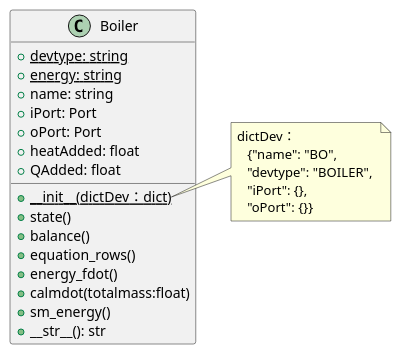
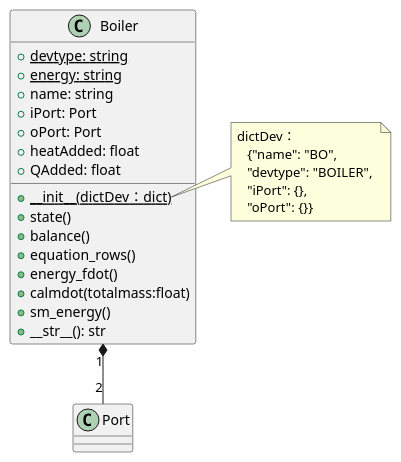
The diagram in uml/Boiler.puml (thermalogic/PyRankine), drawn with PlantUML before and after one commit. The commit also changed 5 other files, not shown here.

```diff
--- a/uml/Boiler.puml
+++ b/uml/Boiler.puml
@@ -1,27 +1,28 @@
 @startuml
 class Boiler{
     + {static} devtype: string 
     + {static} energy: string
     + name: string 
     + iPort: Port
     + oPort: Port
     + heatAdded: float  
     + QAdded: float 
     + {static} __init__(dictDev：dict)
     + state()
     + balance()
     + equation_rows()
     + energy_fdot()
     + calmdot(totalmass:float)
     + sm_energy()
     +__str__(): str
 }
 note right of Boiler::__init__
   dictDev： 
      {"name": "BO",
      "devtype": "BOILER", 
      "iPort": {},
      "oPort": {}}
 end note
+Boiler "1" *-- "2" Port 
 
 @enduml
```
